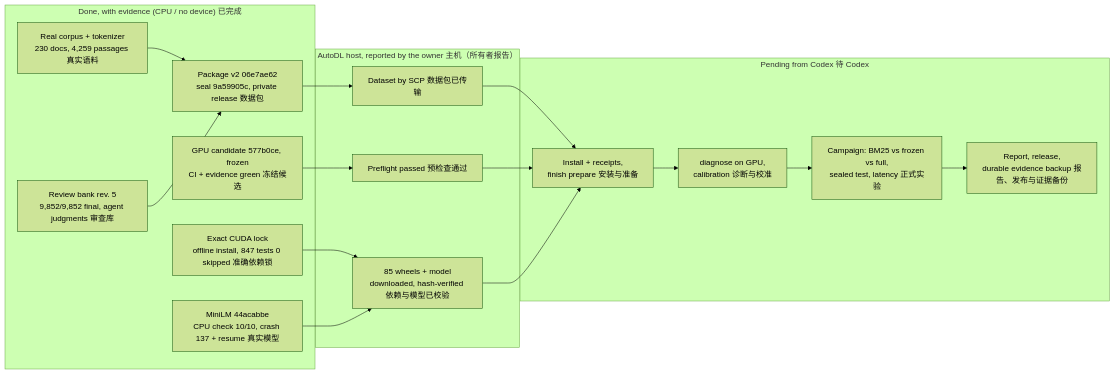
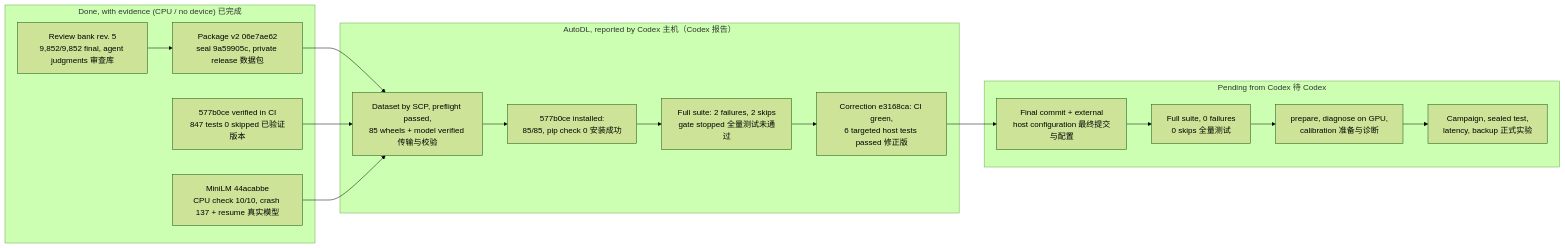
The first of 5 diagrams in docs/DIAGRAMS.md (Hector-sau/devsearch), drawn with Mermaid (forest theme) before and after one commit. The commit also changed 9 other files, not shown here.

````diff
--- a/docs/DIAGRAMS.md
+++ b/docs/DIAGRAMS.md
@@ -12,32 +12,27 @@
 ```mermaid
 flowchart LR
   subgraph DONE["Done, with evidence (CPU / no device) 已完成"]
-    C["GPU candidate 577b0ce, frozen<br/>CI + evidence green 冻结候选"]
-    L["Exact CUDA lock<br/>offline install, 847 tests 0 skipped 准确依赖锁"]
+    C["577b0ce verified in CI<br/>847 tests 0 skipped 已验证版本"]
     M["MiniLM 44acabbe<br/>CPU check 10/10, crash 137 + resume 真实模型"]
-    D["Real corpus + tokenizer<br/>230 docs, 4,259 passages 真实语料"]
     B["Review bank rev. 5<br/>9,852/9,852 final, agent judgments 审查库"]
     P["Package v2 06e7ae62<br/>seal 9a59905c, private release 数据包"]
   end
-  subgraph HOST["AutoDL host, reported by the owner 主机（所有者报告）"]
-    S["Dataset by SCP 数据包已传输"]
-    Q["Preflight passed 预检查通过"]
-    W["85 wheels + model<br/>downloaded, hash-verified 依赖与模型已校验"]
+  subgraph HOST["AutoDL, reported by Codex 主机（Codex 报告）"]
+    S["Dataset by SCP, preflight passed,<br/>85 wheels + model verified 传输与校验"]
+    I["577b0ce installed:<br/>85/85, pip check 0 安装成功"]
+    T["Full suite: 2 failures, 2 skips<br/>gate stopped 全量测试未通过"]
+    X["Correction e3168ca: CI green,<br/>6 targeted host tests passed 修正版"]
   end
   subgraph WAIT["Pending from Codex 待 Codex"]
-    I["Install + receipts,<br/>finish prepare 安装与准备"]
-    G["diagnose on GPU,<br/>calibration 诊断与校准"]
-    R["Campaign: BM25 vs frozen vs full,<br/>sealed test, latency 正式实验"]
-    F["Report, release,<br/>durable evidence backup 报告、发布与证据备份"]
+    F["Final commit + external<br/>host configuration 最终提交与配置"]
+    Z["Full suite, 0 failures<br/>0 skips 全量测试"]
+    G["prepare, diagnose on GPU,<br/>calibration 准备与诊断"]
+    R["Campaign, sealed test,<br/>latency, backup 正式实验"]
   end
-  D --> P
   B --> P
   P --> S
-  C --> Q
-  L --> W
-  M --> W
-  S --> I
-  Q --> I
-  W --> I
-  I --> G --> R --> F
+  C --> S
+  M --> S
+  S --> I --> T --> X --> F
+  F --> Z --> G --> R
 ```
````
